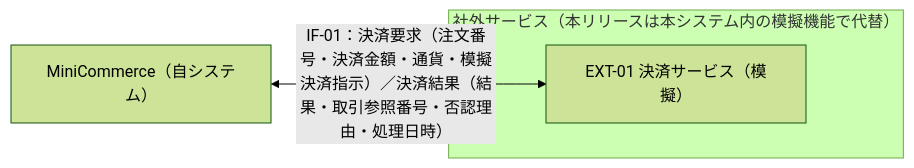
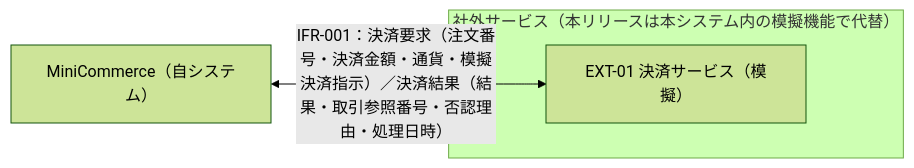
The diagram in docs/requirements/external_interface_requirements.md (shun-sa/ai-sdlc-copilot), drawn with Mermaid (forest theme) before and after one commit. The commit also changed other lines of this file and 699 other files, not shown here.

````diff
--- a/docs/requirements/external_interface_requirements.md
+++ b/docs/requirements/external_interface_requirements.md
@@ -54,10 +56,10 @@
 ```mermaid
 flowchart LR
     SELF["MiniCommerce（自システム）"]
 
     subgraph EXTERNAL["社外サービス（本リリースは本システム内の模擬機能で代替）"]
         EXT1["EXT-01 決済サービス（模擬）"]
     end
 
-    SELF <-->|"IF-01：決済要求（注文番号・決済金額・通貨・模擬決済指示）／決済結果（結果・取引参照番号・否認理由・処理日時）"| EXT1
+    SELF <-->|"IFR-001：決済要求（注文番号・決済金額・通貨・模擬決済指示）／決済結果（結果・取引参照番号・否認理由・処理日時）"| EXT1
 ```
````
